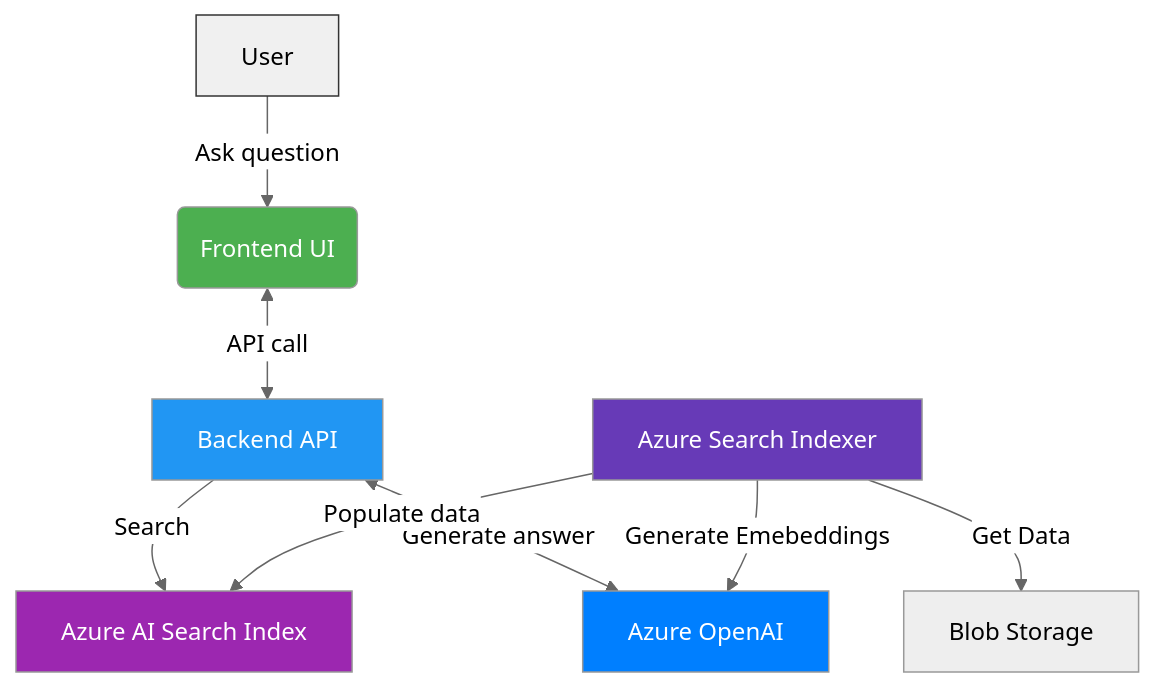
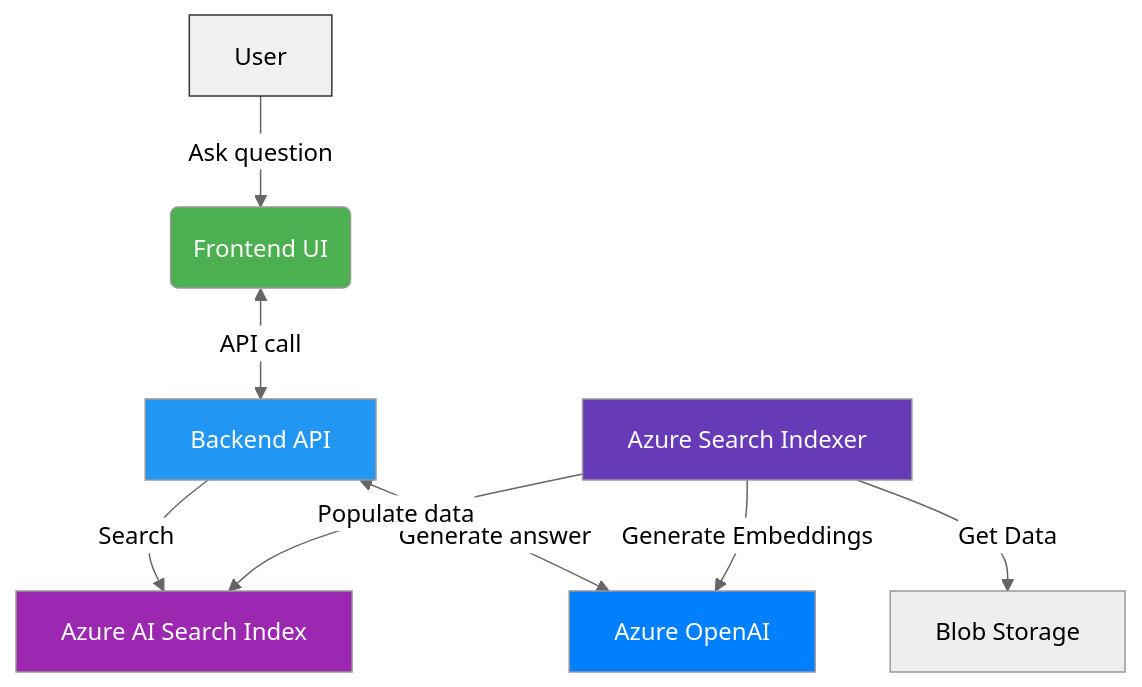
Before and after one commit to gmezan/azure-openai-search-rag: the diagram in README.md, drawn with Mermaid.

Commit message:
docs: fix typo

````diff
--- a/README.md
+++ b/README.md
@@ -17,19 +17,19 @@
 ```mermaid
 %%{init: {'theme':'neutral'}}%%
 graph TD
     A[User] -->|Ask question| B(Frontend UI)
     B <-->|API call| C[Backend API]
     C -->|Search| D[Azure AI Search Index]
     C <-->|Generate answer| E[Azure OpenAI]
-    F -->|Generate Emebeddings| E
+    F -->|Generate Embeddings| E
     F[Azure Search Indexer] -->|Populate data| D
     F -->|Get Data| G[Blob Storage]
     
     style A fill:#f0f0f0,stroke:#333
     style B fill:#4CAF50,color:white
     style C fill:#2196F3,color:white
     style D fill:#9C27B0,color:white
     style E fill:#007FFF,color:white
     style F fill:#673AB7,color:white
 
 ```
````
